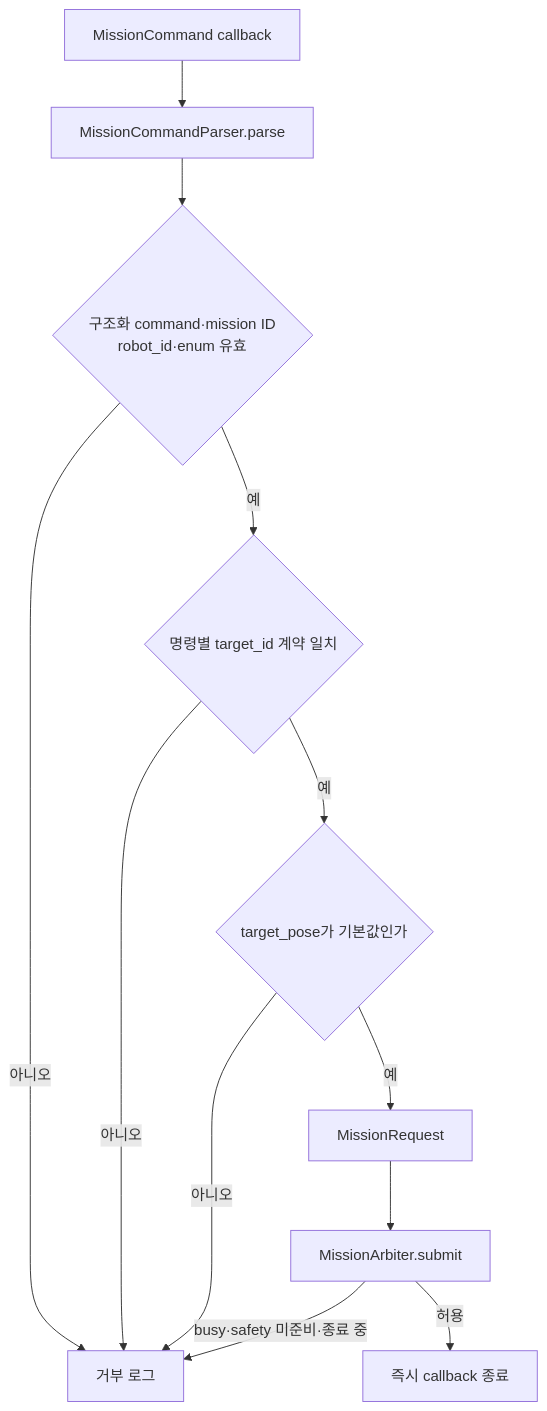
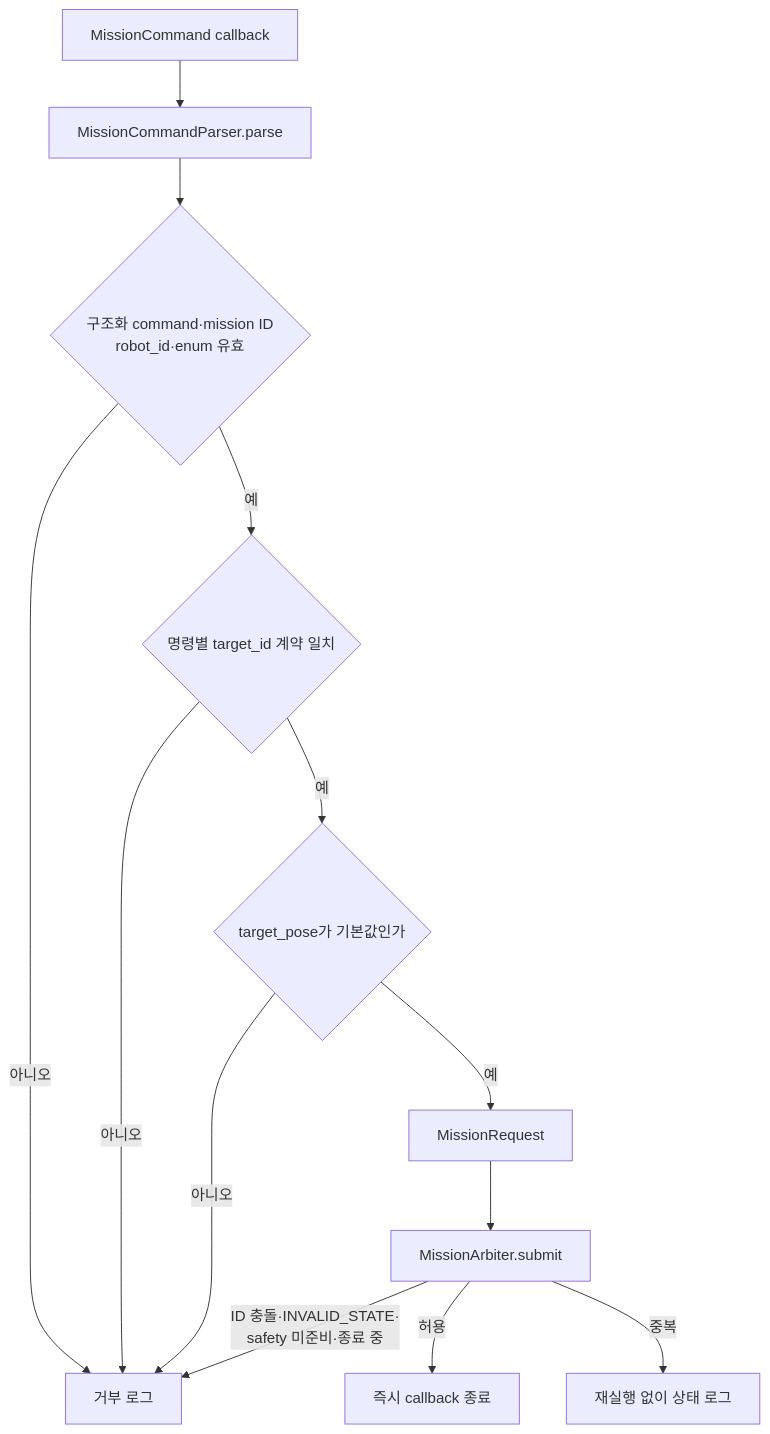
The seventh of 29 diagrams in src/patrol_amr/docs/mission_navigation.md (suuuhululu/patrol), drawn with Mermaid before and after one commit. The commit also changed other lines of this file and 22 other files, not shown here.

```diff
--- a/src/patrol_amr/docs/mission_navigation.md
+++ b/src/patrol_amr/docs/mission_navigation.md
@@ -201,14 +202,15 @@
 ~~~mermaid
 flowchart TD
     A[MissionCommand callback] --> B[MissionCommandParser.parse]
     B --> C{구조화 command·mission ID<br/>robot_id·enum 유효}
     C -->|아니오| R[거부 로그]
     C -->|예| D{명령별 target_id 계약 일치}
     D -->|아니오| R
     D -->|예| E{target_pose가 기본값인가}
     E -->|아니오| R
     E -->|예| G[MissionRequest]
     G --> H[MissionArbiter.submit]
     H -->|허용| I[즉시 callback 종료]
-    H -->|busy·safety 미준비·종료 중| R
+    H -->|중복| J[재실행 없이 상태 로그]
+    H -->|ID 충돌·INVALID_STATE·<br/>safety 미준비·종료 중| R
 ~~~
```
